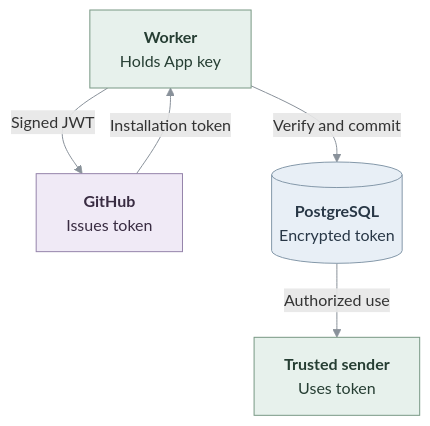
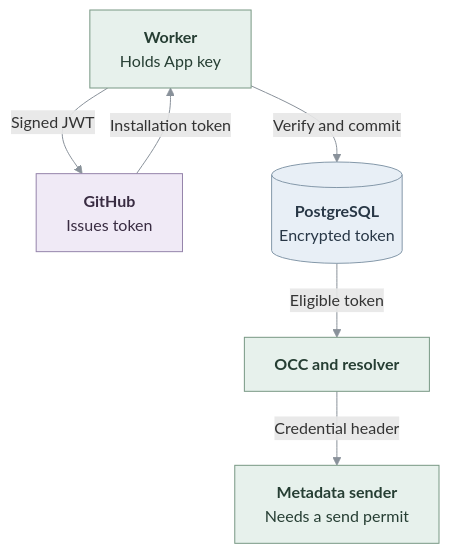
The second of 2 diagrams in docs/flows/credential-source-refresh.md (openclaw/openclaw-enterprise), drawn with Mermaid before and after one commit. The commit also changed other lines of this file and 1 other file, not shown here.

Commit message:
Docs: clarify protected transport and GitHub token custody

````diff
--- a/docs/flows/credential-source-refresh.md
+++ b/docs/flows/credential-source-refresh.md
@@ -242,14 +242,15 @@
 ```mermaid
 graph TD
   W["<b>Worker</b><br/>Holds App key"] -->|Signed JWT| G["<b>GitHub</b><br/>Issues token"]
   G -->|Installation token| W
   W -->|Verify and commit| P[("<b>PostgreSQL</b><br/>Encrypted token")]
-  P -->|Authorized use| S["<b>Trusted sender</b><br/>Uses token"]
+  P -->|Eligible token| R["<b>OCC and resolver</b>"]
+  R -->|Credential header| S["<b>Metadata sender</b><br/>Needs a send permit"]
   classDef owner fill:#e7f1ec,stroke:#789884,color:#263e33
   classDef issuer fill:#f0eaf6,stroke:#9584ab,color:#392c42
   classDef stored fill:#e8eff6,stroke:#8498a9,color:#283746
-  class W,S owner
+  class W,R,S owner
   class G issuer
   class P stored
   linkStyle default stroke:#89919a
 ```
````
